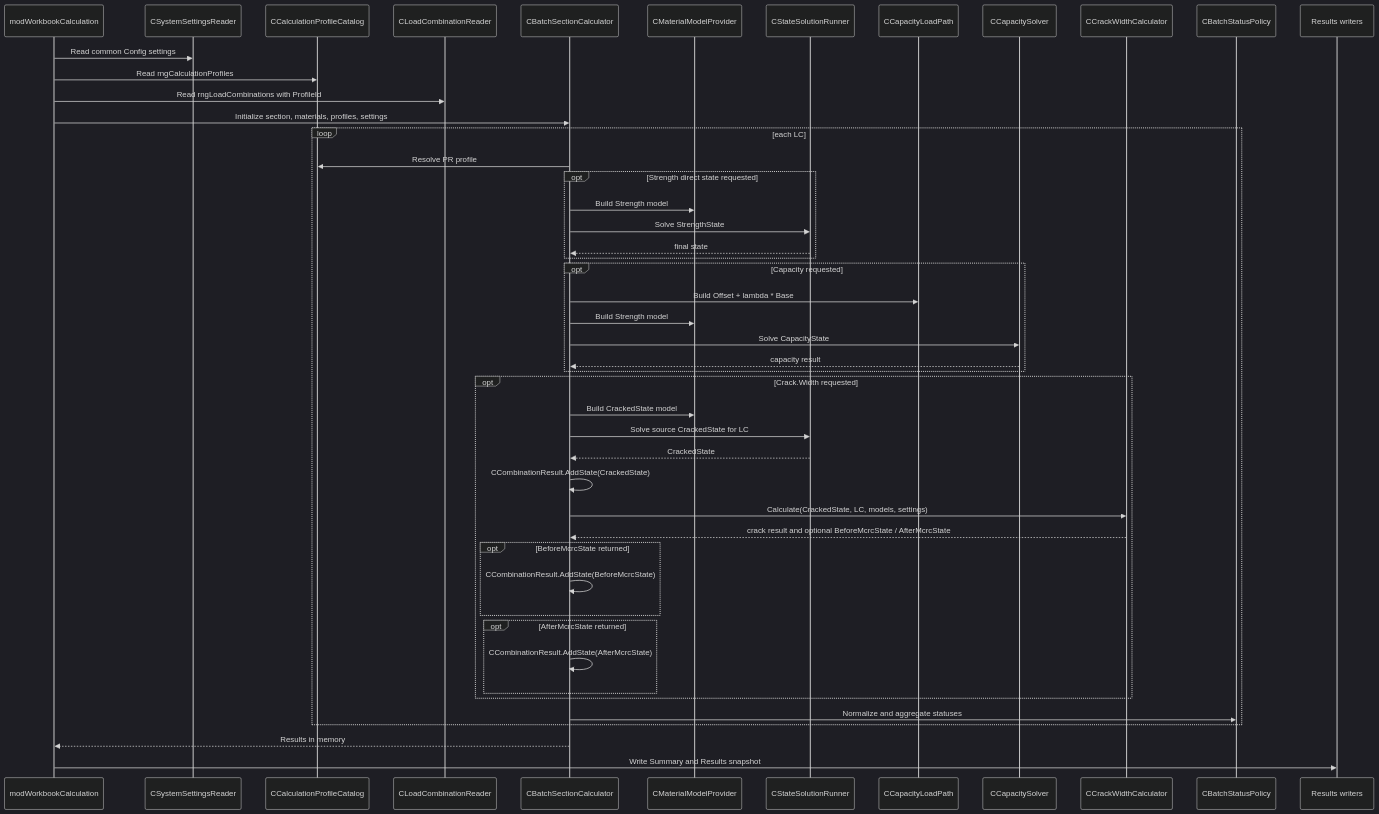
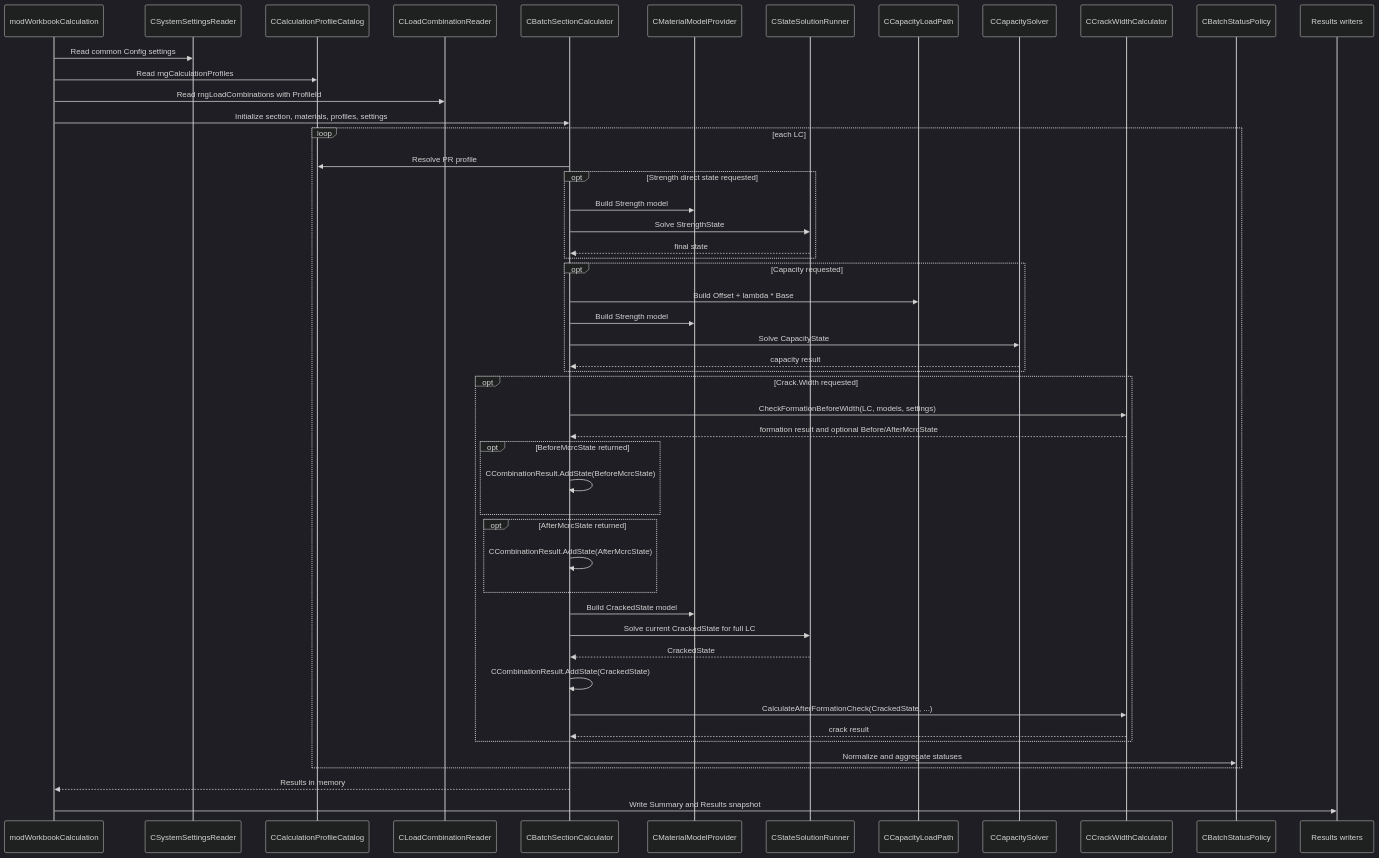
Before and after one commit to AhraAvidzba/RC_Section_NDM: the second of 3 diagrams in docs/architecture/CalculationProfilesArchitecture.md, drawn with Mermaid (dark theme). The commit also changed other lines of this file and 66 other files, not shown here.

````diff
--- a/docs/architecture/CalculationProfilesArchitecture.md
+++ b/docs/architecture/CalculationProfilesArchitecture.md
@@ -664,51 +668,53 @@
 ```mermaid
 sequenceDiagram
     participant UI as modWorkbookCalculation
     participant Settings as CSystemSettingsReader
     participant Profiles as CCalculationProfileCatalog
     participant Loads as CLoadCombinationReader
     participant Batch as CBatchSectionCalculator
     participant Mat as CMaterialModelProvider
     participant State as CStateSolutionRunner
     participant Path as CCapacityLoadPath
     participant Cap as CCapacitySolver
     participant Crack as CCrackWidthCalculator
     participant Status as CBatchStatusPolicy
     participant Writers as Results writers
 
     UI->>Settings: Read common Config settings
     UI->>Profiles: Read rngCalculationProfiles
     UI->>Loads: Read rngLoadCombinations with ProfileId
     UI->>Batch: Initialize section, materials, profiles, settings
     loop each LC
         Batch->>Profiles: Resolve PR profile
         opt Strength direct state requested
             Batch->>Mat: Build Strength model
             Batch->>State: Solve StrengthState
             State-->>Batch: final state
         end
         opt Capacity requested
             Batch->>Path: Build Offset + lambda * Base
             Batch->>Mat: Build Strength model
             Batch->>Cap: Solve CapacityState
             Cap-->>Batch: capacity result
         end
         opt Crack.Width requested
+            Batch->>Crack: CheckFormationBeforeWidth(LC, models, settings)
+            Crack-->>Batch: formation result and optional Before/AfterMcrcState
+            opt BeforeMcrcState returned
+                Batch->>Batch: CCombinationResult.AddState(BeforeMcrcState)
+            end
+            opt AfterMcrcState returned
+                Batch->>Batch: CCombinationResult.AddState(AfterMcrcState)
+            end
             Batch->>Mat: Build CrackedState model
-    Batch->>State: Solve source CrackedState for LC
-    State-->>Batch: CrackedState
-    Batch->>Batch: CCombinationResult.AddState(CrackedState)
-    Batch->>Crack: Calculate(CrackedState, LC, models, settings)
-    Crack-->>Batch: crack result and optional BeforeMcrcState / AfterMcrcState
-    opt BeforeMcrcState returned
-        Batch->>Batch: CCombinationResult.AddState(BeforeMcrcState)
-    end
-    opt AfterMcrcState returned
-        Batch->>Batch: CCombinationResult.AddState(AfterMcrcState)
-    end
+            Batch->>State: Solve current CrackedState for full LC
+            State-->>Batch: CrackedState
+            Batch->>Batch: CCombinationResult.AddState(CrackedState)
+            Batch->>Crack: CalculateAfterFormationCheck(CrackedState, ...)
+            Crack-->>Batch: crack result
         end
         Batch->>Status: Normalize and aggregate statuses
     end
     Batch-->>UI: Results in memory
     UI->>Writers: Write Summary and Results snapshot
 ```
````
